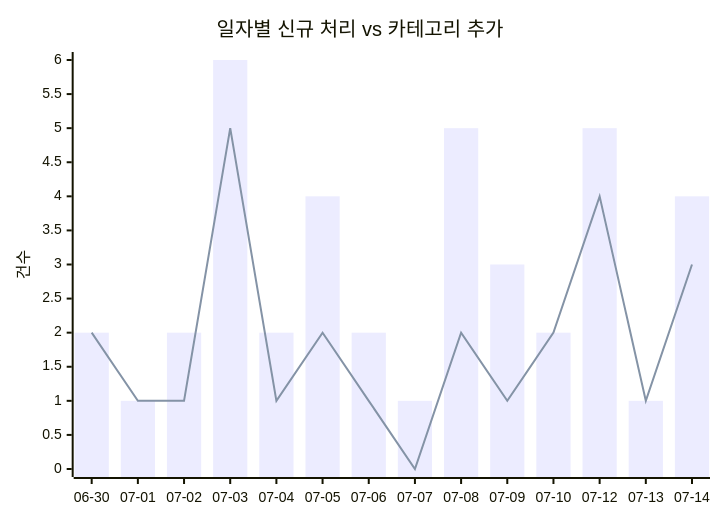
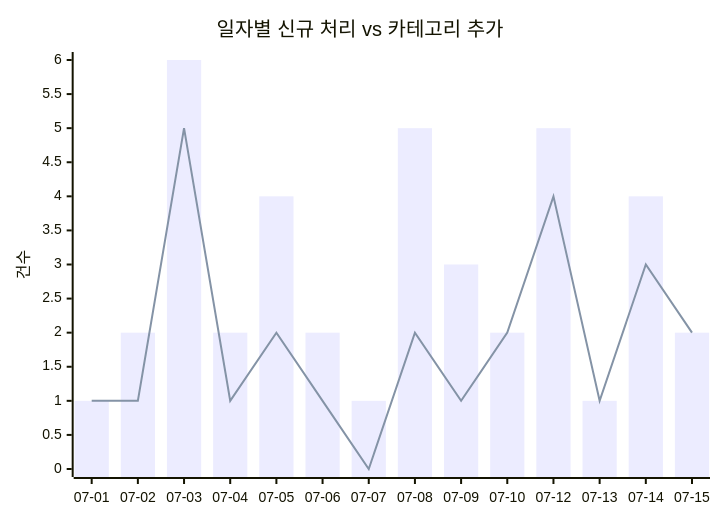
The first of 2 diagrams in docs/trends.md (J-nowcow/awesome-korean-agent-skills), drawn with Mermaid before and after one commit. The commit also changed other lines of this file and 5 other files, not shown here.

````diff
--- a/docs/trends.md
+++ b/docs/trends.md
@@ -32,8 +32,8 @@
 ```mermaid
 xychart-beta
     title "일자별 신규 처리 vs 카테고리 추가"
-    x-axis ["06-30","07-01","07-02","07-03","07-04","07-05","07-06","07-07","07-08","07-09","07-10","07-12","07-13","07-14"]
+    x-axis ["07-01","07-02","07-03","07-04","07-05","07-06","07-07","07-08","07-09","07-10","07-12","07-13","07-14","07-15"]
     y-axis "건수"
-    bar [2,1,2,6,2,4,2,1,5,3,2,5,1,4]
-    line [2,1,1,5,1,2,1,0,2,1,2,4,1,3]
+    bar [1,2,6,2,4,2,1,5,3,2,5,1,4,2]
+    line [1,1,5,1,2,1,0,2,1,2,4,1,3,2]
 ```
````
